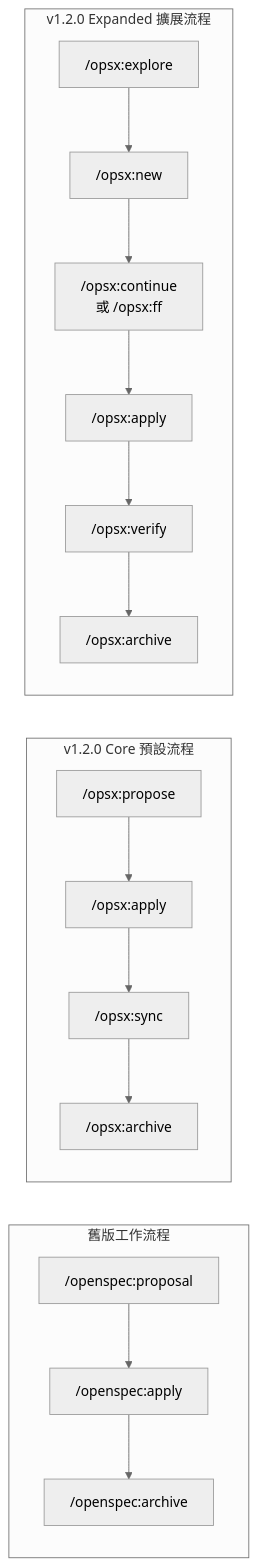
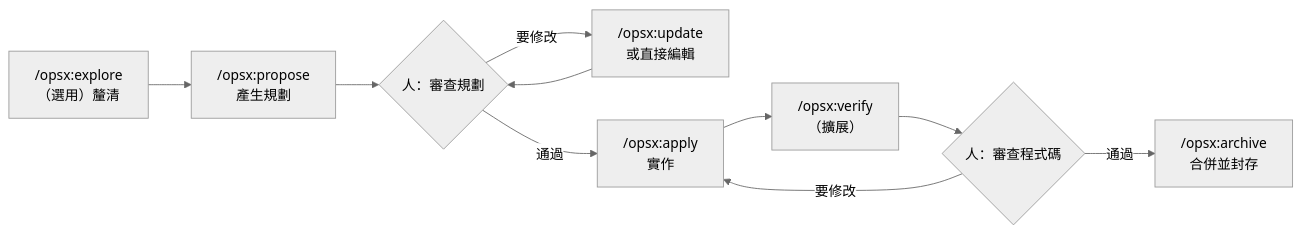
One commit to chihhung/Blog changed the second of 2 diagrams in content/posts/教學/AI開發/OpenSpec使用教學.md. Above: the diagram before and after it, drawn with Mermaid (neutral theme). The commit also changed other lines of this file and 1 other file, not shown here.

````diff
--- a/content/posts/教學/AI開發/OpenSpec使用教學.md
+++ b/content/posts/教學/AI開發/OpenSpec使用教學.md
@@ -1144,21 +974,12 @@
 ```mermaid
-graph LR
-    subgraph 舊版工作流程
-        A1["/openspec:proposal"] --> A2["/openspec:apply"]
-        A2 --> A3["/openspec:archive"]
-    end
-
-    subgraph "v1.2.0 Core 預設流程"
-        B1["/opsx:propose"] --> B2["/opsx:apply"]
-        B2 --> B3["/opsx:sync"]
-        B3 --> B4["/opsx:archive"]
-    end
-
-    subgraph "v1.2.0 Expanded 擴展流程"
-        C1["/opsx:explore"] --> C2["/opsx:new"]
-        C2 --> C3["/opsx:continue<br/>或 /opsx:ff"]
-        C3 --> C4["/opsx:apply"]
-        C4 --> C5["/opsx:verify"]
-        C5 --> C6["/opsx:archive"]
-    end
+flowchart LR
+    E["/opsx:explore<br/>（選用）釐清"] --> P["/opsx:propose<br/>產生規劃"]
+    P --> R1{"人：審查規劃"}
+    R1 -->|"要修改"| U["/opsx:update<br/>或直接編輯"]
+    U --> R1
+    R1 -->|"通過"| A["/opsx:apply<br/>實作"]
+    A --> V["/opsx:verify<br/>（擴展）"]
+    V --> R2{"人：審查程式碼"}
+    R2 -->|"要修改"| A
+    R2 -->|"通過"| AR["/opsx:archive<br/>合併並封存"]
 ```
````
